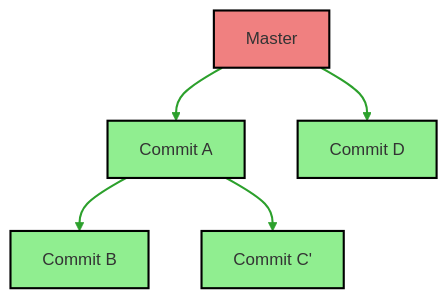
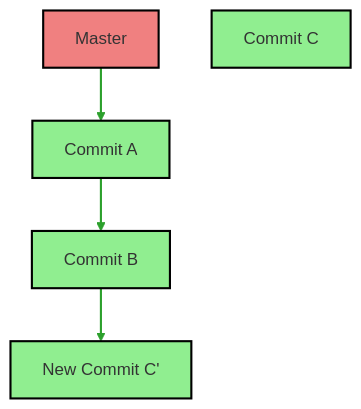
Before and after one commit to fatualux/it-notes: the third of 3 diagrams in src/chapters/git/rebase.md, drawn with Mermaid. The commit also changed other lines of this file, not shown here.

Commit message:
Addeed charts

````diff
--- a/src/chapters/git/rebase.md
+++ b/src/chapters/git/rebase.md
@@ -54,15 +54,14 @@
 ```mermaid
 graph TD;
     M[Master]:::branch --> A[Commit A]:::commit
     A --> B[Commit B]:::commit
-    A --> D[Commit C']:::commit
-    M --> C[Commit D]:::commit
+    C[Commit C]:::commit
+    B --> D[New Commit C']:::commit
 
     classDef commit fill:#90ee90, stroke:#000, stroke-width:2px;
     classDef branch fill:#f08080, stroke:#000, stroke-width:2px;
 
     linkStyle 0 stroke:#2ca02c,stroke-width:2px
     linkStyle 1 stroke:#2ca02c,stroke-width:2px
     linkStyle 2 stroke:#2ca02c,stroke-width:2px
-    linkStyle 3 stroke:#2ca02c,stroke-width:2px
 ```
````
